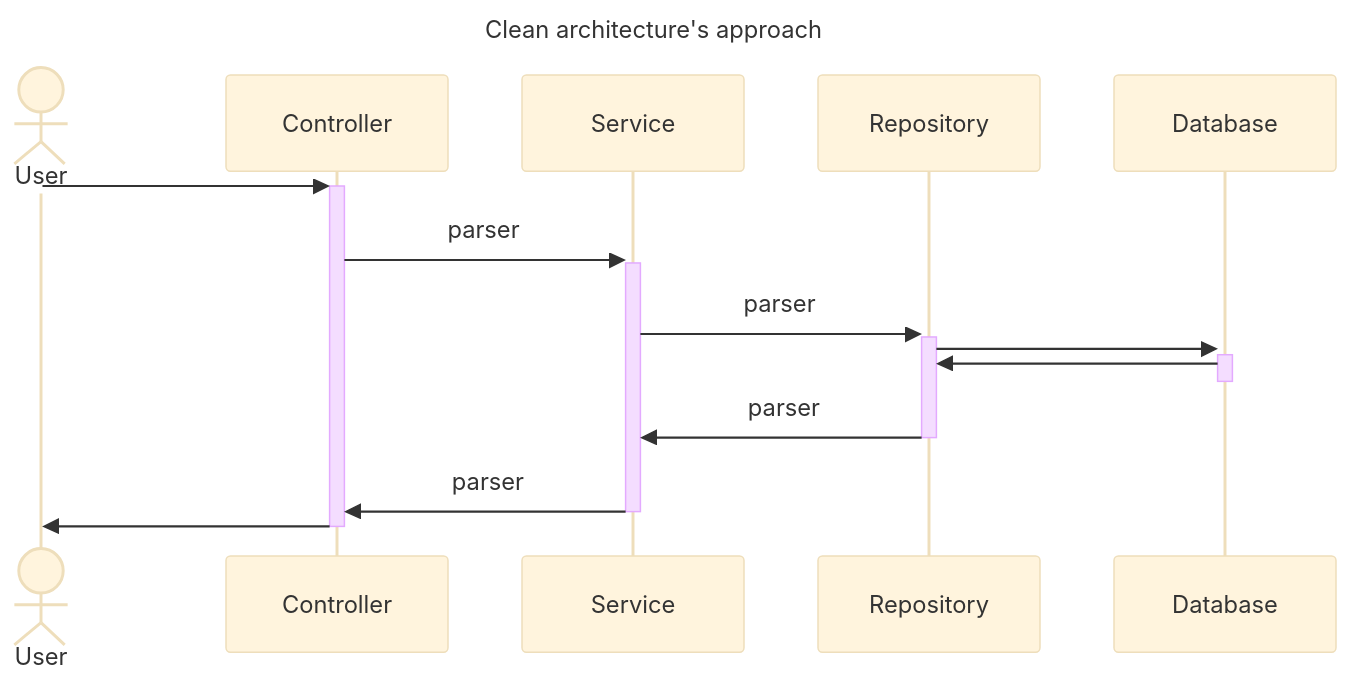
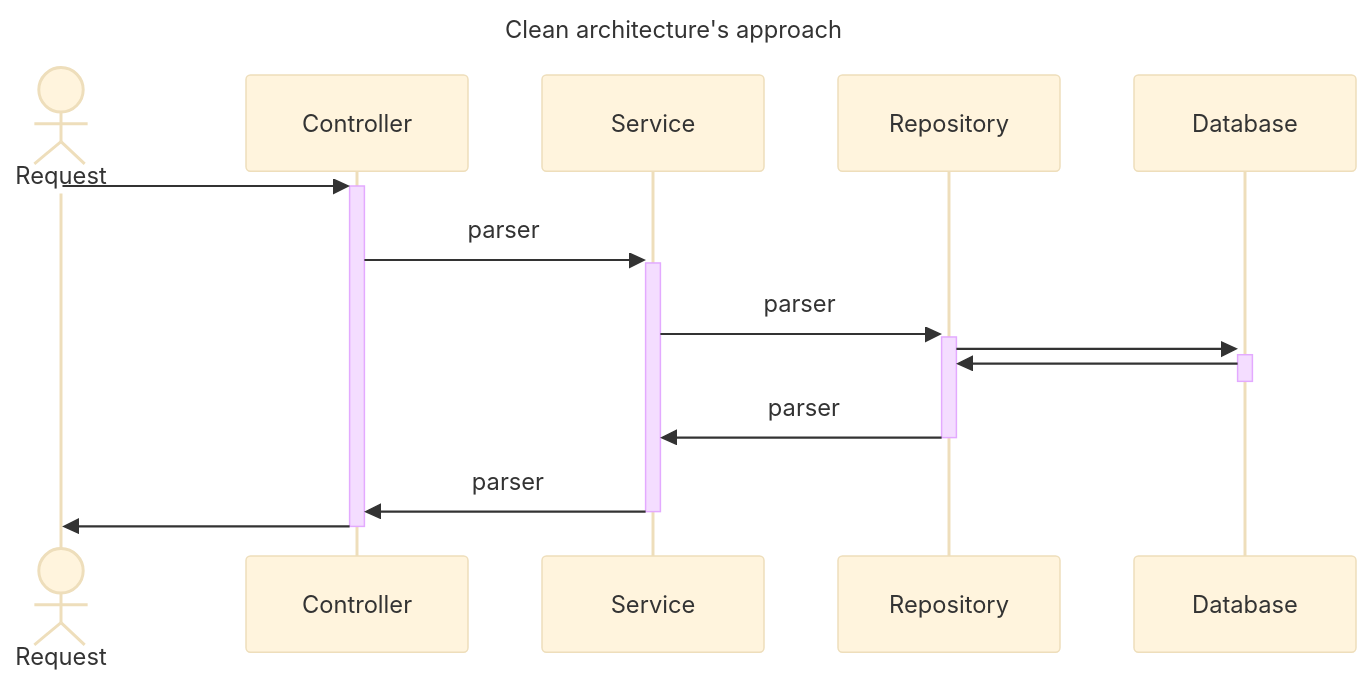
One commit to laupontiroli/platform_api-serv changed the second of 2 diagrams in docs/checkpoints/checkpoint1.md. Above: the diagram before and after it, drawn with Mermaid (base theme). The commit also changed other lines of this file and 8 other files, not shown here.

````diff
--- a/docs/checkpoints/checkpoint1.md
+++ b/docs/checkpoints/checkpoint1.md
@@ -78,13 +80,13 @@
 ``` mermaid
 sequenceDiagram
     title Clean architecture's approach    
-    Actor User
-    User ->>+ Controller: 
+    Actor Request
+    Request ->>+ Controller: 
     Controller ->>+ Service: parser
     Service ->>+ Repository: parser
     Repository ->>+ Database: 
     Database ->>- Repository: 
     Repository ->>- Service: parser
     Service ->>- Controller: parser
-    Controller ->>- User: 
+    Controller ->>- Request: 
 ```
````
